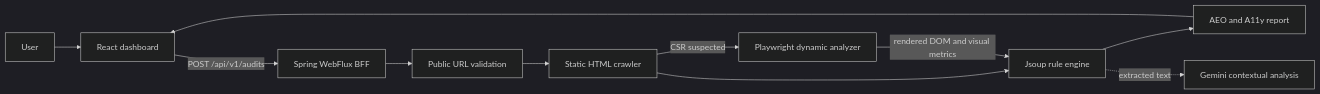
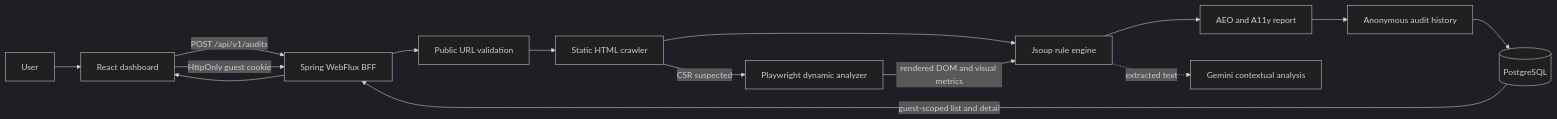
Before and after one commit to hoyeol0513/AEOLens: the diagram in docs/architecture.md, drawn with Mermaid (dark theme). The commit also changed other lines of this file and 25 other files, not shown here.

````diff
--- a/docs/architecture.md
+++ b/docs/architecture.md
@@ -16,13 +16,17 @@
 ```mermaid
 flowchart LR
     U[User] --> F[React dashboard]
     F -->|POST /api/v1/audits| B[Spring WebFlux BFF]
+    F -->|HttpOnly guest cookie| B
     B --> V[Public URL validation]
     V --> C[Static HTML crawler]
     C --> J[Jsoup rule engine]
     J --> R[AEO and A11y report]
-    R --> F
+    R --> H[Anonymous audit history]
+    H --> D[(PostgreSQL)]
+    D -->|guest-scoped list and detail| B
+    B --> F
     C -->|CSR suspected| P[Playwright dynamic analyzer]
     P -->|rendered DOM and visual metrics| J
     J -. extracted text .-> G[Gemini contextual analysis]
 ```
````
